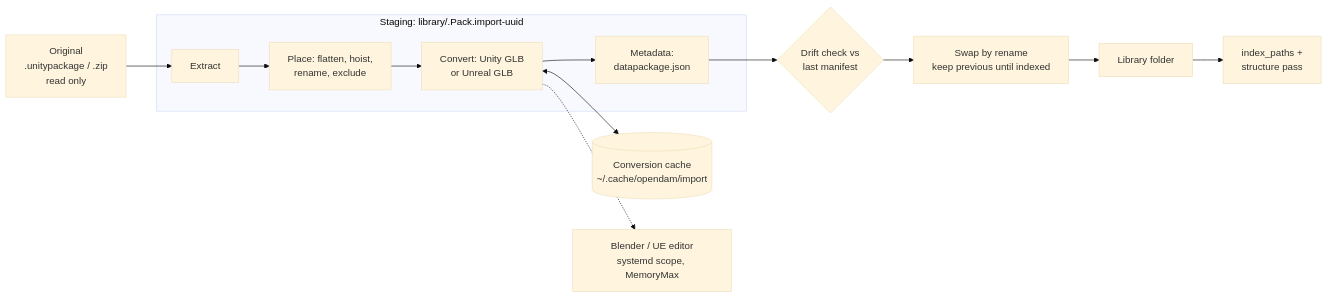
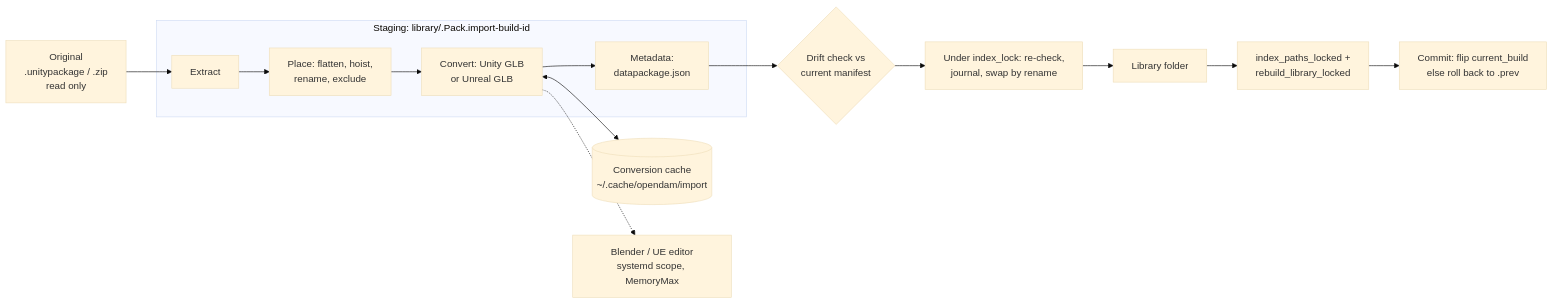
One commit to ramiro314/OpenDAM changed the diagram in docs/plans/pack-import/plan.md. Above: the diagram before and after it, drawn with Mermaid (base theme). The commit also changed other lines of this file, not shown here.

First line of the commit message:
docs: repair the pack import plan after the feasibility review

````diff
--- a/docs/plans/pack-import/plan.md
+++ b/docs/plans/pack-import/plan.md
@@ -104,15 +148,16 @@
 ```mermaid
 flowchart LR
   O[Original<br/>.unitypackage / .zip<br/>read only] --> X[Extract]
-  subgraph S[Staging: library/.Pack.import-uuid]
+  subgraph S[Staging: library/.Pack.import-build-id]
     X --> P[Place: flatten, hoist,<br/>rename, exclude]
     P --> C[Convert: Unity GLB<br/>or Unreal GLB]
     C --> M[Metadata:<br/>datapackage.json]
   end
   C <--> K[(Conversion cache<br/>~/.cache/opendam/import)]
   C -.-> T[Blender / UE editor<br/>systemd scope, MemoryMax]
-  M --> D{Drift check vs<br/>last manifest}
-  D --> W[Swap by rename<br/>keep previous until indexed]
+  M --> D{Drift check vs<br/>current manifest}
+  D --> W[Under index_lock: re-check,<br/>journal, swap by rename]
   W --> L[Library folder]
-  L --> I[index_paths +<br/>structure pass]
+  L --> I[index_paths_locked +<br/>rebuild_library_locked]
+  I --> CM[Commit: flip current_build<br/>else roll back to .prev]
 ```
````
